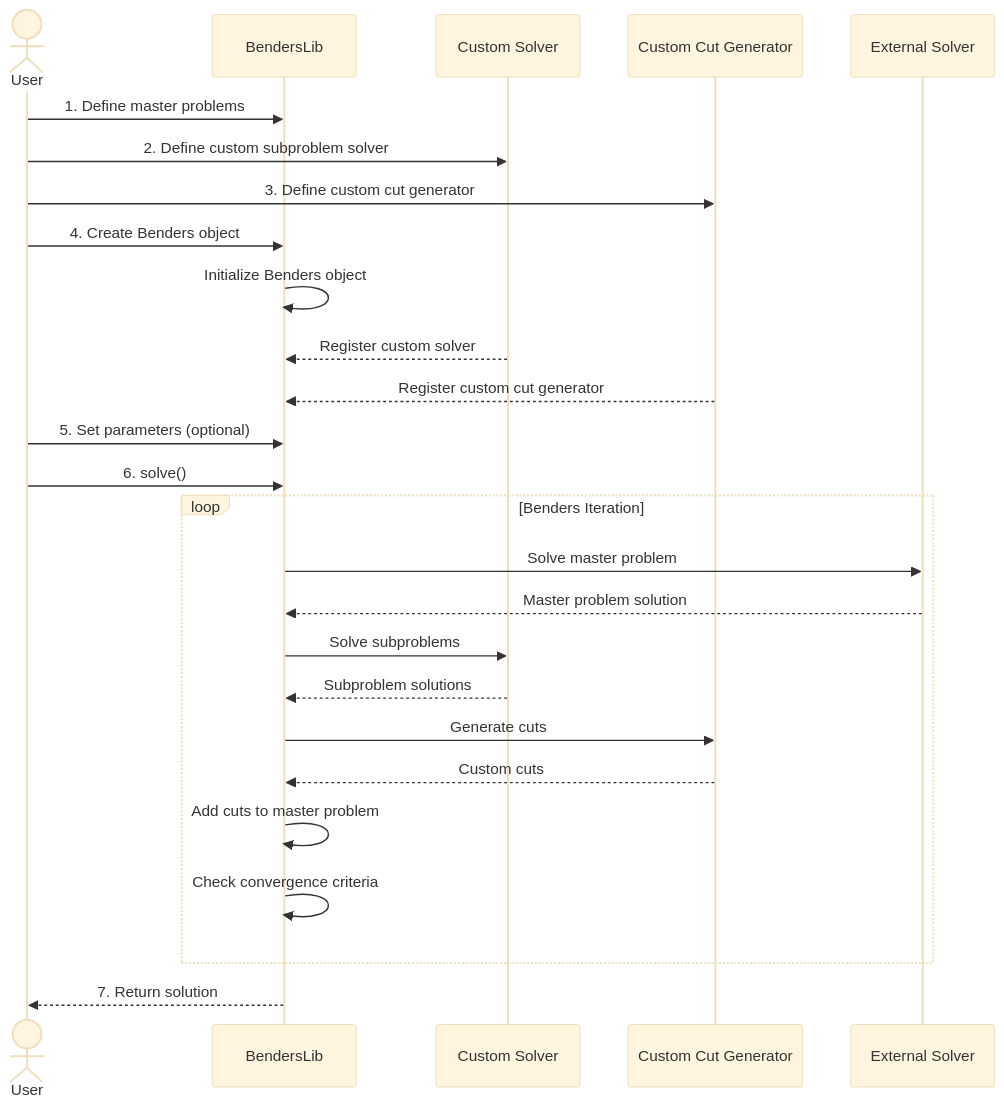
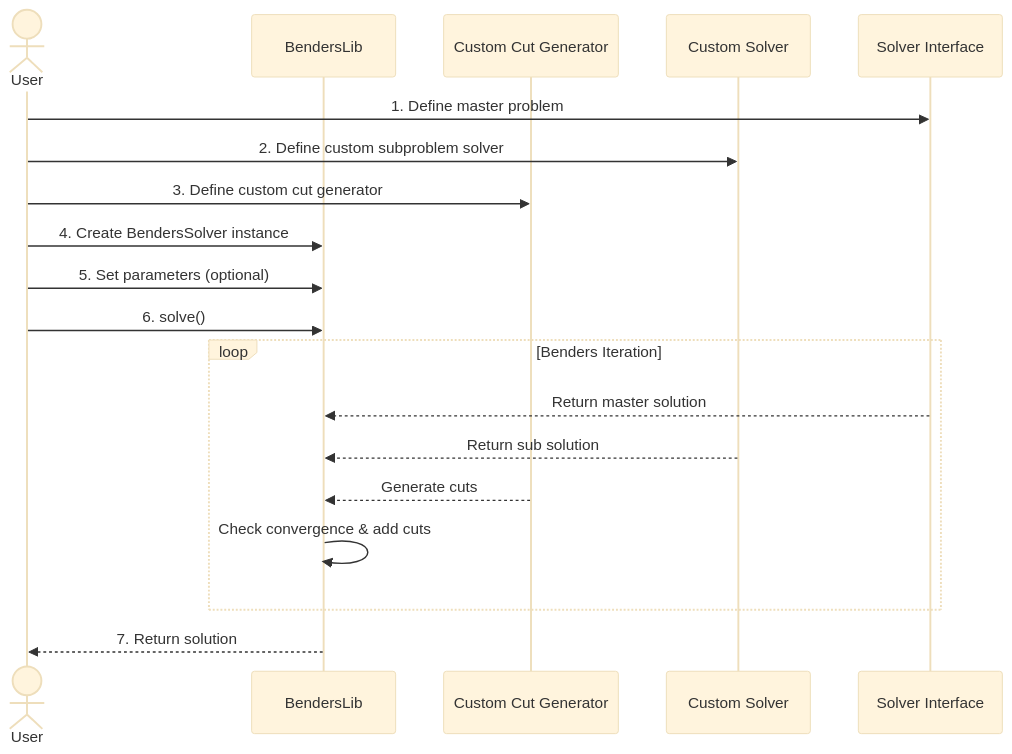
Before and after one commit to sharabhshukla/BendersLib: the second of 3 diagrams in docs/source/manual/workflow.rst, drawn with Mermaid (base theme). The commit also changed other lines of this file, not shown here.

```diff
--- a/docs/source/manual/workflow.rst
+++ b/docs/source/manual/workflow.rst
@@ -62,31 +60,24 @@
 .. mermaid::
    :caption: Advanced Usage Workflow
    :align: center
 
    sequenceDiagram
        actor User
        participant BendersLib
+       participant Custom Cut Generator
        participant Custom Solver
-       participant Custom Cut Generator
-       participant External Solver
+       participant Solver Interface
 
-       User->>BendersLib: 1. Define master problems
+       User->>Solver Interface: 1. Define master problem
        User->>Custom Solver: 2. Define custom subproblem solver
        User->>Custom Cut Generator: 3. Define custom cut generator
-       User->>BendersLib: 4. Create Benders object
-       BendersLib->>BendersLib: Initialize Benders object
-       Custom Solver-->>BendersLib: Register custom solver
-       Custom Cut Generator-->>BendersLib: Register custom cut generator
+       User->>BendersLib: 4. Create BendersSolver instance
        User->>BendersLib: 5. Set parameters (optional)
        User->>BendersLib: 6. solve()
        loop Benders Iteration
-           BendersLib->>External Solver: Solve master problem
-           External Solver-->>BendersLib: Master problem solution
-           BendersLib->>Custom Solver: Solve subproblems
-           Custom Solver-->>BendersLib: Subproblem solutions
-           BendersLib->>Custom Cut Generator: Generate cuts
-           Custom Cut Generator-->>BendersLib: Custom cuts
-           BendersLib->>BendersLib: Add cuts to master problem
-           BendersLib->>BendersLib: Check convergence criteria
+           Solver Interface-->>BendersLib: Return master solution
+           Custom Solver-->>BendersLib: Return sub solution
+           Custom Cut Generator-->>BendersLib: Generate cuts
+           BendersLib->>BendersLib: Check convergence & add cuts
        end
        BendersLib-->>User: 7. Return solution
```
